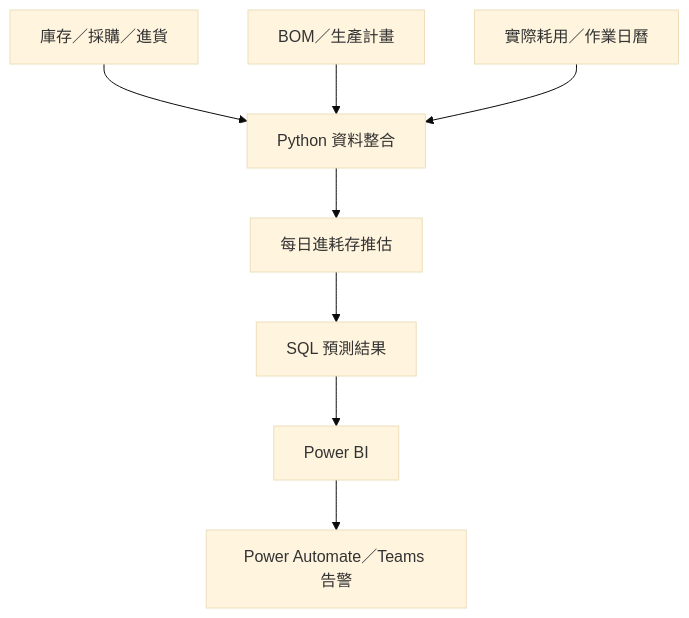
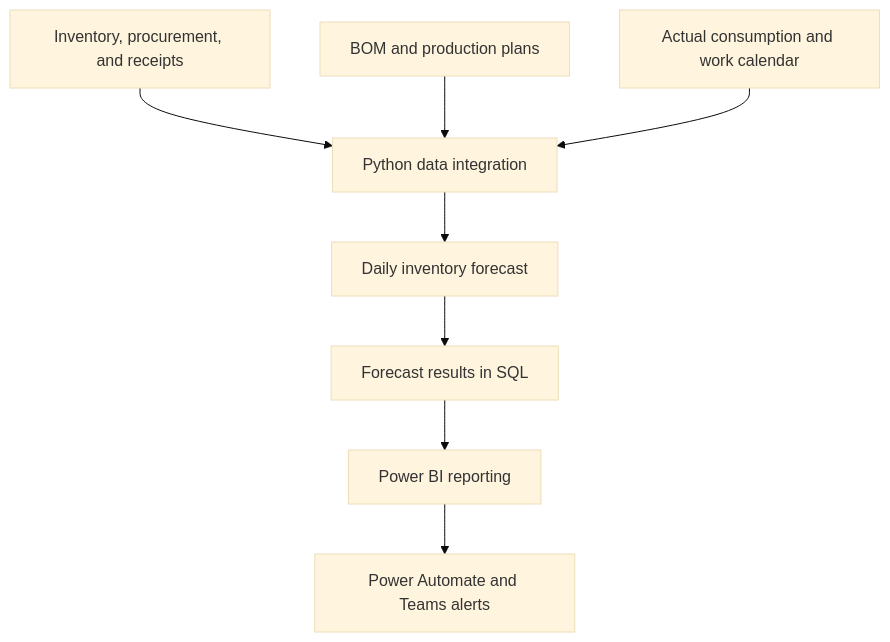
Before and after one commit to ChienChienChien/Material_Forecasting_System: the diagram in README.md, drawn with Mermaid (base theme). The commit also changed other lines of this file, not shown here.

````diff
--- a/README.md
+++ b/README.md
@@ -48,10 +48,10 @@
 ```mermaid
 flowchart TB
-    A["庫存／採購／進貨"] --> E["Python 資料整合"]
-    B["BOM／生產計畫"] --> E
-    C["實際耗用／作業日曆"] --> E
-    E --> F["每日進耗存推估"]
-    F --> G["SQL 預測結果"]
-    G --> H["Power BI"]
-    H --> I["Power Automate／Teams 告警"]
+    A["Inventory, procurement, and receipts"] --> E["Python data integration"]
+    B["BOM and production plans"] --> E
+    C["Actual consumption and work calendar"] --> E
+    E --> F["Daily inventory forecast"]
+    F --> G["Forecast results in SQL"]
+    G --> H["Power BI reporting"]
+    H --> I["Power Automate and Teams alerts"]
 ```
````
